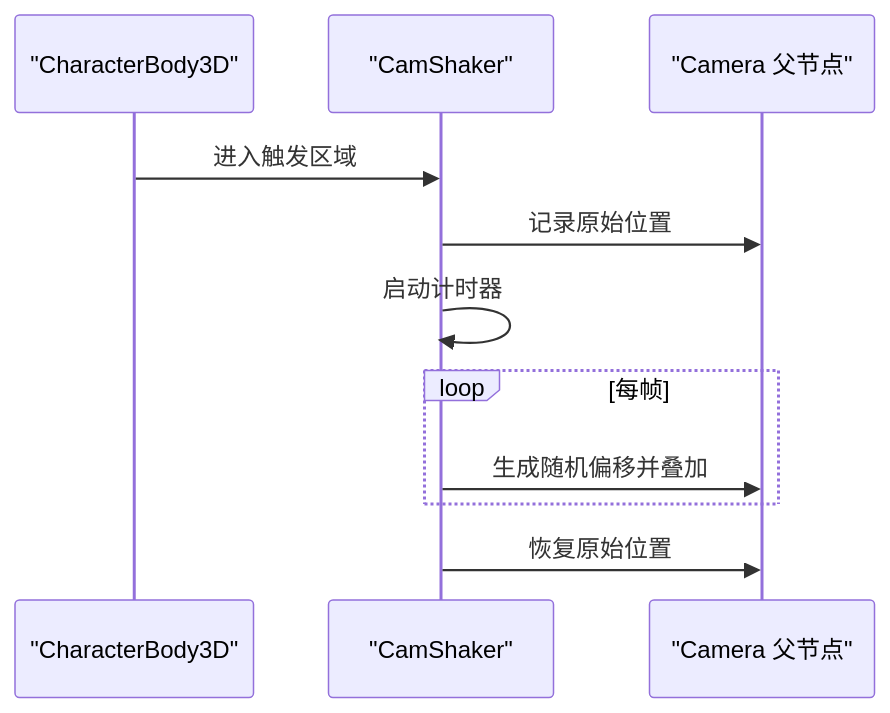
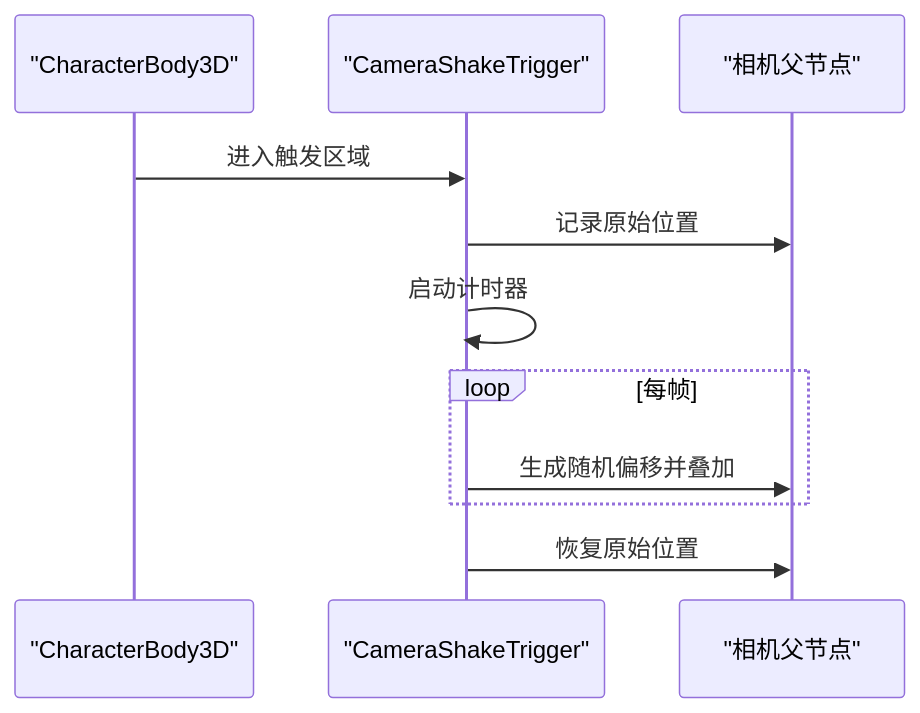
The fifth of 7 diagrams in .qoder/repowiki/zh/content/游戏系统/触发器系统/相机触发器.md (godotline/godot-line), drawn with Mermaid before and after one commit. The commit also changed other lines of this file and 17 other files, not shown here.

````diff
--- a/.qoder/repowiki/zh/content/游戏系统/触发器系统/相机触发器.md
+++ b/.qoder/repowiki/zh/content/游戏系统/触发器系统/相机触发器.md
@@ -294,13 +312,13 @@
 ```mermaid
 sequenceDiagram
 participant Body as "CharacterBody3D"
-participant Shaker as "CamShaker"
-participant Parent as "Camera 父节点"
-Body->>Shaker : 进入触发区域
-Shaker->>Parent : 记录原始位置
-Shaker->>Shaker : 启动计时器
+participant ShakeTrigger as "CameraShakeTrigger"
+participant Parent as "相机父节点"
+Body->>ShakeTrigger : 进入触发区域
+ShakeTrigger->>Parent : 记录原始位置
+ShakeTrigger->>ShakeTrigger : 启动计时器
 loop 每帧
-Shaker->>Parent : 生成随机偏移并叠加
+ShakeTrigger->>Parent : 生成随机偏移并叠加
 end
-Shaker->>Parent : 恢复原始位置
+ShakeTrigger->>Parent : 恢复原始位置
 ```
````
